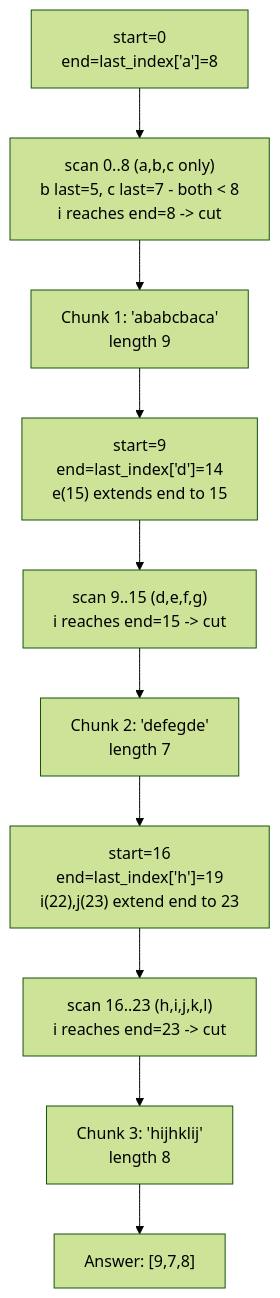
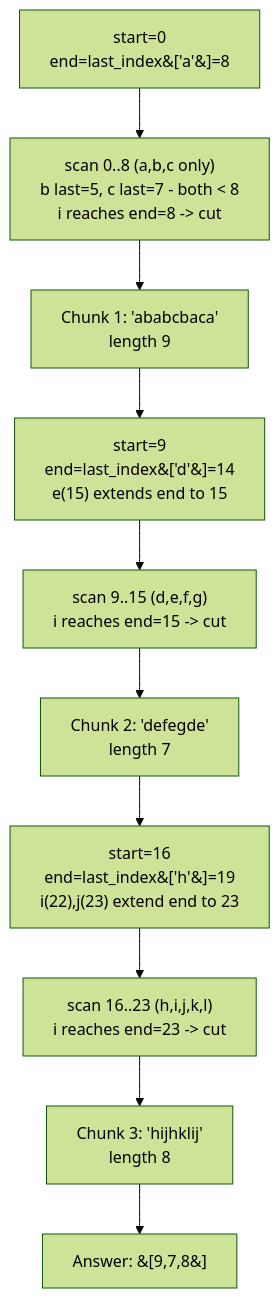
The diagram in topics/15-greedy/07-partition-labels/README.md (Aryan-Jadon18/dsa-placement-prep), drawn with Mermaid (forest theme) before and after one commit. The commit also changed 52 other files, not shown here.

First line of the commit message:
Fix Mermaid diagrams not rendering on GitHub

````diff
--- a/topics/15-greedy/07-partition-labels/README.md
+++ b/topics/15-greedy/07-partition-labels/README.md
@@ -49,12 +49,12 @@
 ```mermaid
 flowchart TD
-    A["start=0<br/>end=last_index['a']=8"] --> B["scan 0..8 (a,b,c only)<br/>b last=5, c last=7 - both < 8<br/>i reaches end=8 -> cut"]
+    A["start=0<br/>end=last_index&#91;'a'&#93;=8"] --> B["scan 0..8 (a,b,c only)<br/>b last=5, c last=7 - both < 8<br/>i reaches end=8 -> cut"]
     B --> C["Chunk 1: 'ababcbaca'<br/>length 9"]
-    C --> D["start=9<br/>end=last_index['d']=14<br/>e(15) extends end to 15"]
+    C --> D["start=9<br/>end=last_index&#91;'d'&#93;=14<br/>e(15) extends end to 15"]
     D --> E["scan 9..15 (d,e,f,g)<br/>i reaches end=15 -> cut"]
     E --> F["Chunk 2: 'defegde'<br/>length 7"]
-    F --> G["start=16<br/>end=last_index['h']=19<br/>i(22),j(23) extend end to 23"]
+    F --> G["start=16<br/>end=last_index&#91;'h'&#93;=19<br/>i(22),j(23) extend end to 23"]
     G --> H["scan 16..23 (h,i,j,k,l)<br/>i reaches end=23 -> cut"]
     H --> I["Chunk 3: 'hijhklij'<br/>length 8"]
-    I --> J["Answer: [9,7,8]"]
+    I --> J["Answer: &#91;9,7,8&#93;"]
 ```
````
